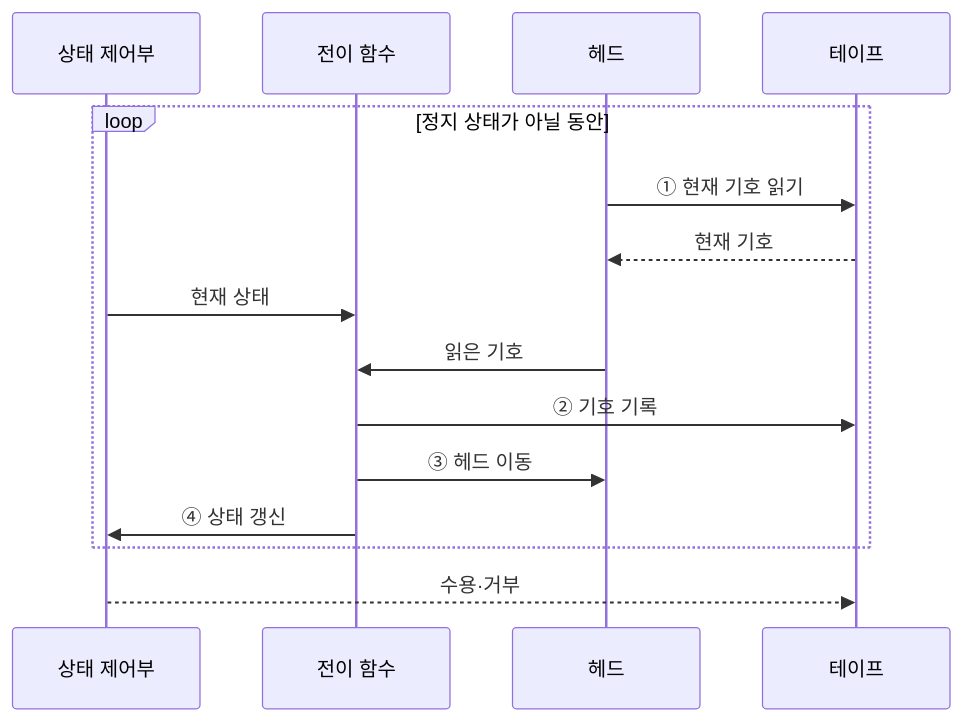
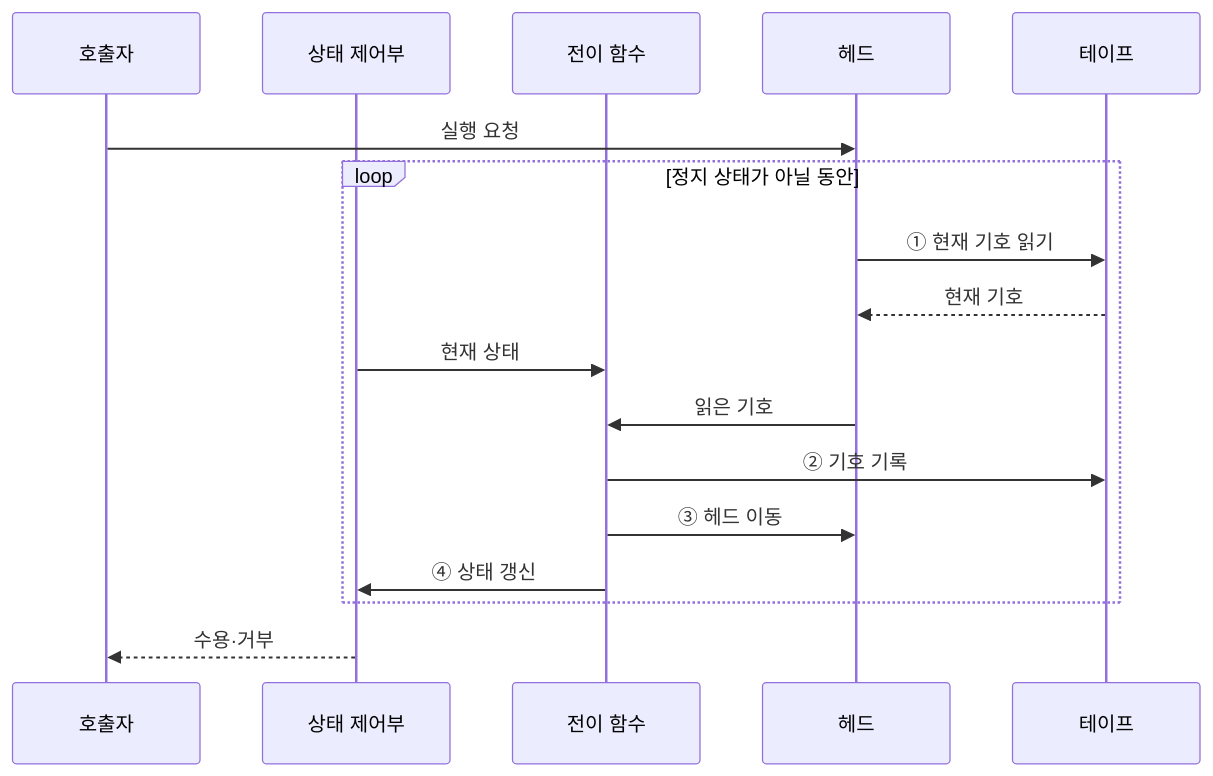
The third of 3 diagrams in src/content/docs/notes/01-basic-theory/022_turing_machine.md (agnusdei1207/knowledge-base), drawn with Mermaid before and after one commit. The commit also changed other lines of this file and 20 other files, not shown here.

````diff
--- a/src/content/docs/notes/01-basic-theory/022_turing_machine.md
+++ b/src/content/docs/notes/01-basic-theory/022_turing_machine.md
@@ -96,17 +96,19 @@
 ```mermaid
 sequenceDiagram
+    participant Q as 호출자
     participant S as 상태 제어부
     participant T as 전이 함수
     participant H as 헤드
     participant P as 테이프
+    Q->>H: 실행 요청
     loop 정지 상태가 아닐 동안
         H->>P: ① 현재 기호 읽기
         P-->>H: 현재 기호
         S->>T: 현재 상태
         H->>T: 읽은 기호
         T->>P: ② 기호 기록
         T->>H: ③ 헤드 이동
         T->>S: ④ 상태 갱신
     end
-    S-->>P: 수용·거부
+    S-->>Q: 수용·거부
 ```
````
